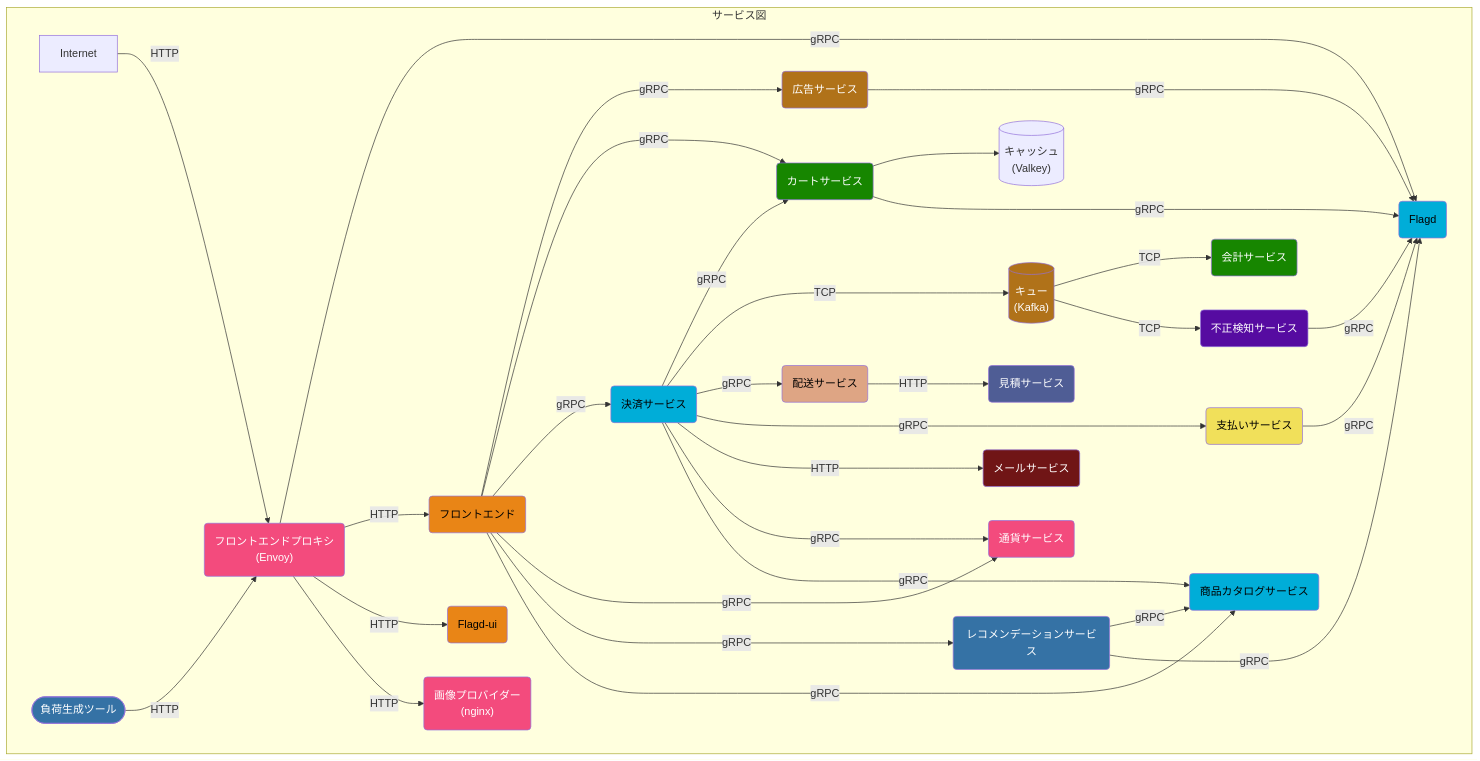
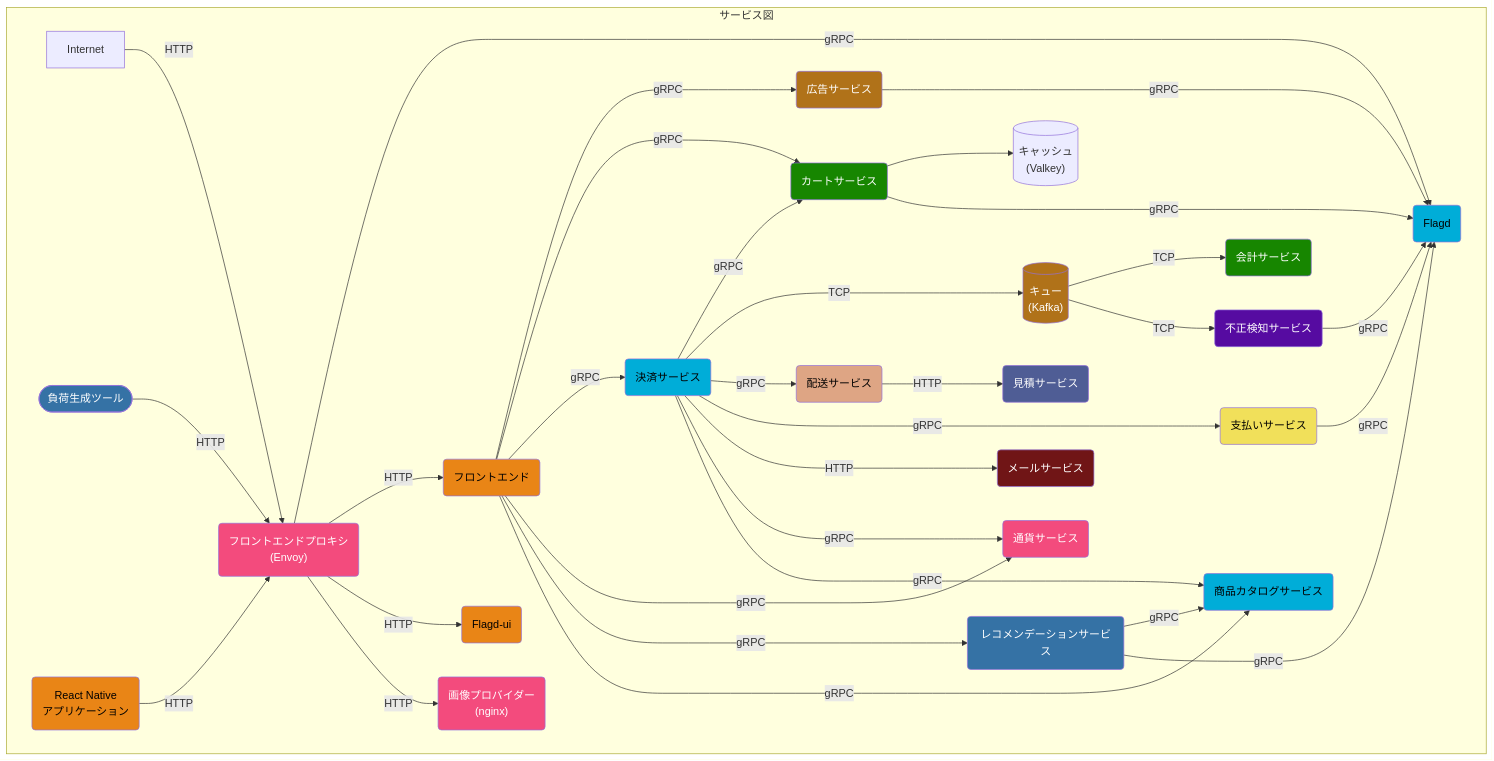
The first of 3 diagrams in content/ja/docs/demo/architecture.md (open-telemetry/opentelemetry.io), drawn with Mermaid before and after one commit. The commit also changed other lines of this file, not shown here.

Commit message:
docs: update content/ja/docs/demo/architecture

````diff
--- a/content/ja/docs/demo/architecture.md
+++ b/content/ja/docs/demo/architecture.md
@@ -12,78 +12,81 @@
 ```mermaid
 graph TD
 subgraph サービス図
 accountingservice(会計サービス):::dotnet
 adservice(広告サービス):::java
 cache[(キャッシュ<br/>&#40Valkey&#41)]
 cartservice(カートサービス):::dotnet
 checkoutservice(決済サービス):::golang
 currencyservice(通貨サービス):::cpp
 emailservice(メールサービス):::ruby
 flagd(Flagd):::golang
 flagdui(Flagd-ui):::typescript
 frauddetectionservice(不正検知サービス):::kotlin
 frontend(フロントエンド):::typescript
 frontendproxy(フロントエンドプロキシ <br/>&#40Envoy&#41):::cpp
 imageprovider(画像プロバイダー <br/>&#40nginx&#41):::cpp
 loadgenerator([負荷生成ツール]):::python
 paymentservice(支払いサービス):::javascript
 productcatalogservice(商品カタログサービス):::golang
 quoteservice(見積サービス):::php
 recommendationservice(レコメンデーションサービス):::python
 shippingservice(配送サービス):::rust
 queue[(キュー<br/>&#40Kafka&#41)]:::java
+react-native-app(React Native<br>アプリケーション):::typescript
 
 adservice ---->|gRPC| flagd
 
 checkoutservice -->|gRPC| cartservice
 checkoutservice --->|TCP| queue
 cartservice --> cache
 cartservice -->|gRPC| flagd
 
 checkoutservice -->|gRPC| shippingservice
 checkoutservice -->|gRPC| paymentservice
 checkoutservice --->|HTTP| emailservice
 checkoutservice -->|gRPC| currencyservice
 checkoutservice -->|gRPC| productcatalogservice
 
 frauddetectionservice -->|gRPC| flagd
 
 frontend -->|gRPC| adservice
 frontend -->|gRPC| cartservice
 frontend -->|gRPC| checkoutservice
 frontend ---->|gRPC| currencyservice
 frontend ---->|gRPC| recommendationservice
 frontend -->|gRPC| productcatalogservice
 
 frontendproxy -->|gRPC| flagd
 frontendproxy -->|HTTP| frontend
 frontendproxy -->|HTTP| flagdui
 frontendproxy -->|HTTP| imageprovider
 
 Internet -->|HTTP| frontendproxy
 
 loadgenerator -->|HTTP| frontendproxy
 
 paymentservice -->|gRPC| flagd
 
 queue -->|TCP| accountingservice
 queue -->|TCP| frauddetectionservice
 
 recommendationservice -->|gRPC| productcatalogservice
 recommendationservice -->|gRPC| flagd
 
 shippingservice -->|HTTP| quoteservice
+
+react-native-app -->|HTTP| frontendproxy
 end
 
 classDef dotnet fill:#178600,color:white;
 classDef cpp fill:#f34b7d,color:white;
 classDef golang fill:#00add8,color:black;
 classDef java fill:#b07219,color:white;
 classDef javascript fill:#f1e05a,color:black;
 classDef kotlin fill:#560ba1,color:white;
 classDef php fill:#4f5d95,color:white;
 classDef python fill:#3572A5,color:white;
 classDef ruby fill:#701516,color:white;
 classDef rust fill:#dea584,color:black;
 classDef typescript fill:#e98516,color:black;
 ```
````
